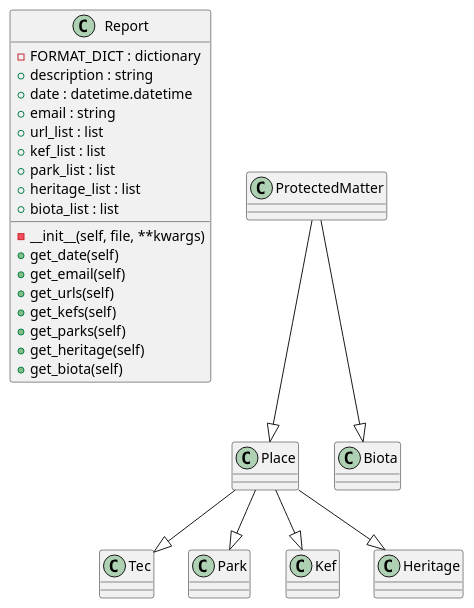
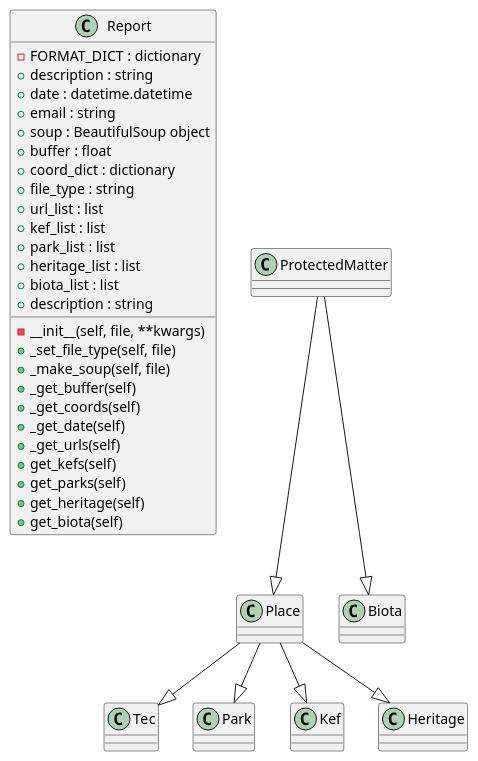
Before and after one commit to Chizzy101/PMST-application: the diagram in Readme.md, drawn with PlantUML. The commit also changed other lines of this file and 2 other files, not shown here.

Commit message:
Did some more stuff

````diff
--- a/Readme.md
+++ b/Readme.md
@@ -112,32 +112,40 @@
 ```PlantUML
 @startuml
 ' Base class for all protected matters
 class Report{
 -FORMAT_DICT : dictionary
 +description : string
 +date : datetime.datetime
 +email : string
++soup : BeautifulSoup object
++buffer : float
++coord_dict : dictionary
++file_type : string
 +url_list : list
 +kef_list : list
 +park_list : list
 +heritage_list : list
 +biota_list : list
++description : string
 
 -__init__(self, file, **kwargs)
-+get_date(self)
-+get_email(self)
-+get_urls(self)
++_set_file_type(self, file)
++_make_soup(self, file)
++_get_buffer(self)
++_get_coords(self)
++_get_date(self)
++_get_urls(self)
 +get_kefs(self)
 +get_parks(self)
 +get_heritage(self)
 +get_biota(self)
 }
 
 ProtectedMatter --|> Place
 ProtectedMatter --|> Biota
 Place --|> Tec
 Place --|> Park
 Place --|> Kef
 Place --|> Heritage
 @enduml
 ```
````
